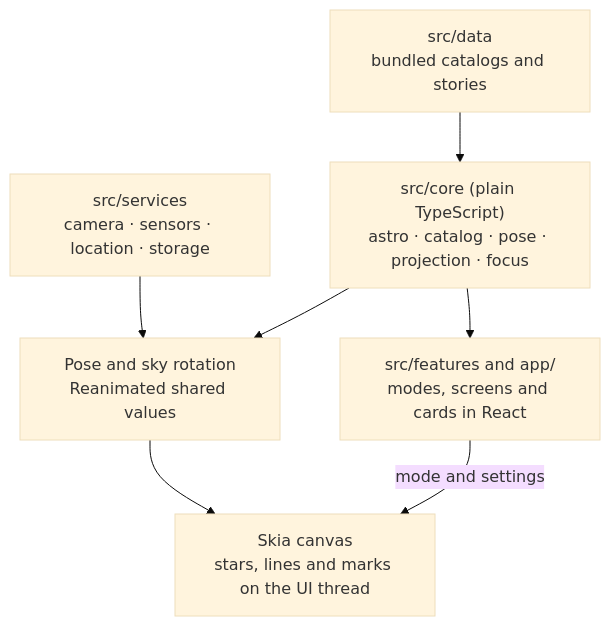
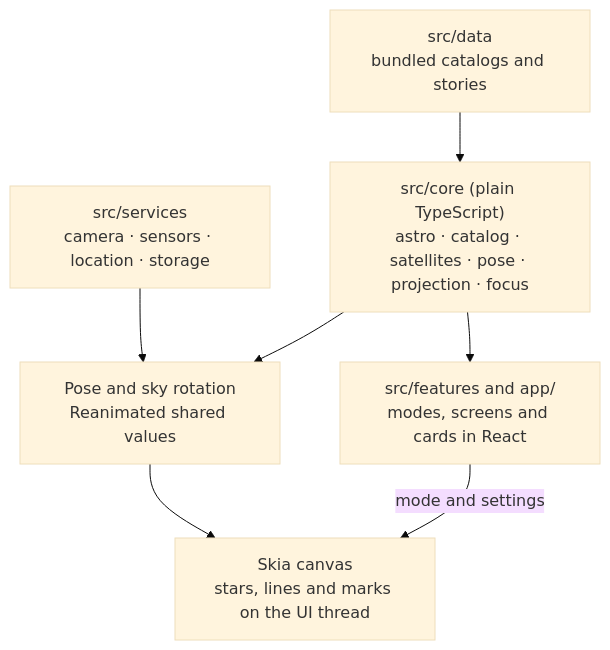
One commit to nwangemann/stellar changed the diagram in README.md. Above: the diagram before and after it, drawn with Mermaid (base theme). The commit also changed other lines of this file and 2 other files, not shown here.

Commit message:
docs: bring README, workflow and sky model up to date with satellites

````diff
--- a/README.md
+++ b/README.md
@@ -29,16 +30,16 @@
 ```mermaid
 flowchart TB
   D["src/data<br/>bundled catalogs and stories"]
-  C["src/core (plain TypeScript)<br/>astro · catalog · pose · projection · focus"]
+  C["src/core (plain TypeScript)<br/>astro · catalog · satellites · pose · projection · focus"]
   S["src/services<br/>camera · sensors · location · storage"]
   P["Pose and sky rotation<br/>Reanimated shared values"]
   K["Skia canvas<br/>stars, lines and marks on the UI thread"]
   F["src/features and app/<br/>modes, screens and cards in React"]
 
   D --> C
   S --> P
   C --> P
   P --> K
   C --> F
   F -- mode and settings --> K
 ```
````
